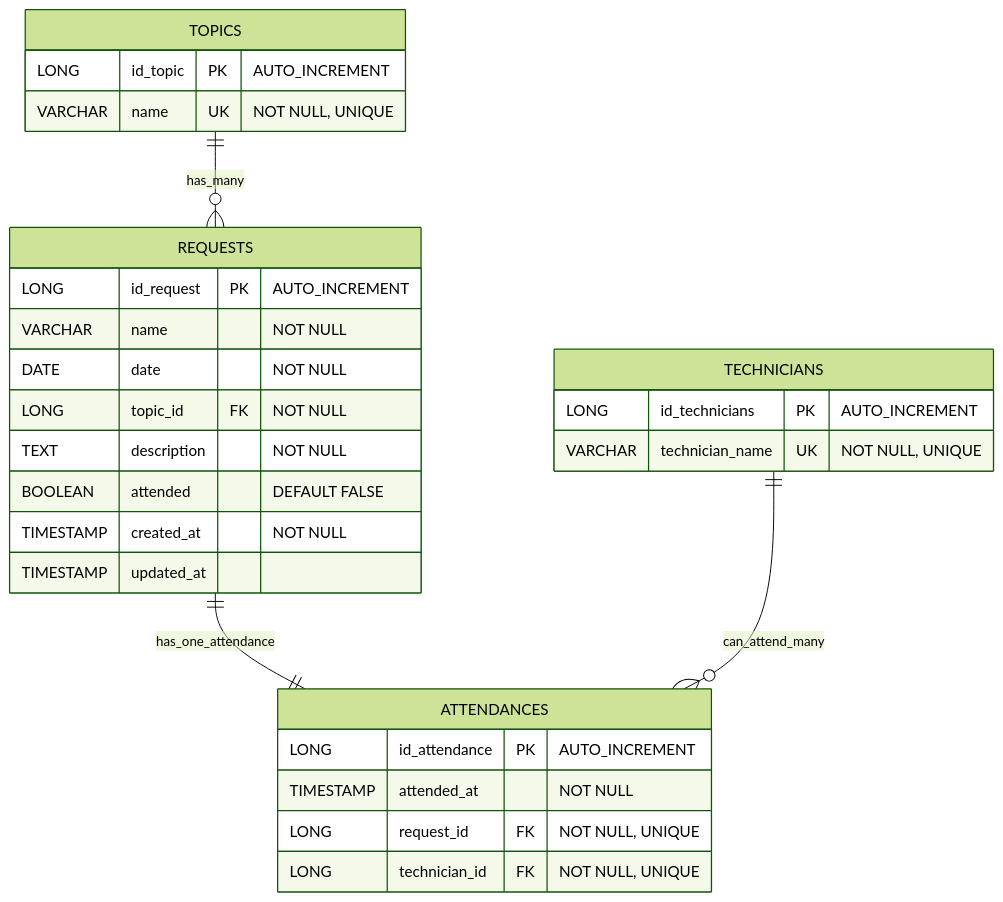
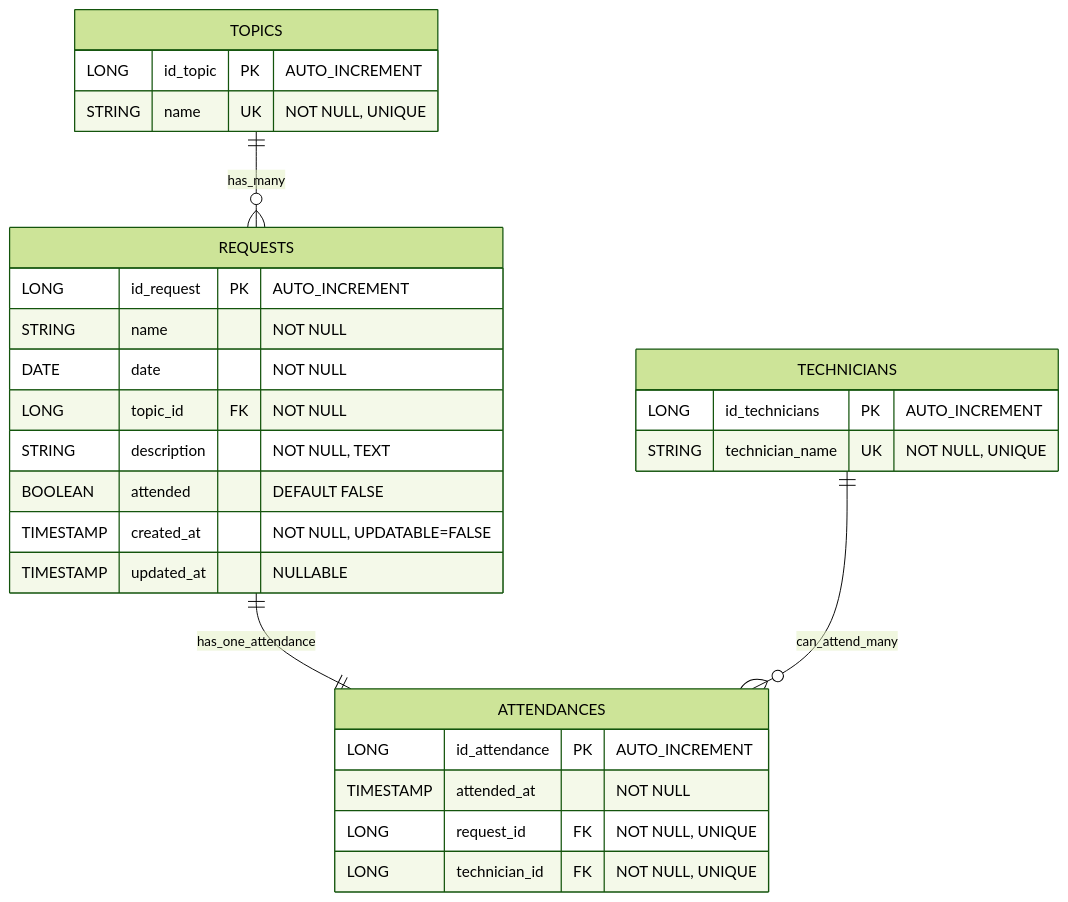
Before and after one commit to sara-vazquez/api-employee: the diagram in README.md, drawn with Mermaid.

Commit message:
Update README.md
fixed db schema

````diff
--- a/README.md
+++ b/README.md
@@ -14,39 +14,39 @@
 ```mermaid
 ---
 config:
   theme: 'forest'
 ---
 erDiagram
     TOPICS {
         LONG id_topic PK "AUTO_INCREMENT"
-        VARCHAR name UK "NOT NULL, UNIQUE"
+        STRING name UK "NOT NULL, UNIQUE"
     }
     
     REQUESTS {
         LONG id_request PK "AUTO_INCREMENT"
-        VARCHAR name "NOT NULL"
+        STRING name "NOT NULL"
         DATE date "NOT NULL"
         LONG topic_id FK "NOT NULL"
-        TEXT description "NOT NULL"
+        STRING description "NOT NULL, TEXT"
         BOOLEAN attended "DEFAULT FALSE"
-        TIMESTAMP created_at "NOT NULL"
-        TIMESTAMP updated_at
+        TIMESTAMP created_at "NOT NULL, UPDATABLE=FALSE"
+        TIMESTAMP updated_at "NULLABLE"
     }
     
     TECHNICIANS {
         LONG id_technicians PK "AUTO_INCREMENT"
-        VARCHAR technician_name UK "NOT NULL, UNIQUE"
+        STRING technician_name UK "NOT NULL, UNIQUE"
     }
     
     ATTENDANCES {
         LONG id_attendance PK "AUTO_INCREMENT"
         TIMESTAMP attended_at "NOT NULL"
         LONG request_id FK "NOT NULL, UNIQUE"
         LONG technician_id FK "NOT NULL, UNIQUE"
     }
     
     %% Relaciones
     TOPICS ||--o{ REQUESTS : "has_many"
     REQUESTS ||--|| ATTENDANCES : "has_one_attendance"
     TECHNICIANS ||--o{ ATTENDANCES : "can_attend_many"
 ```
````
